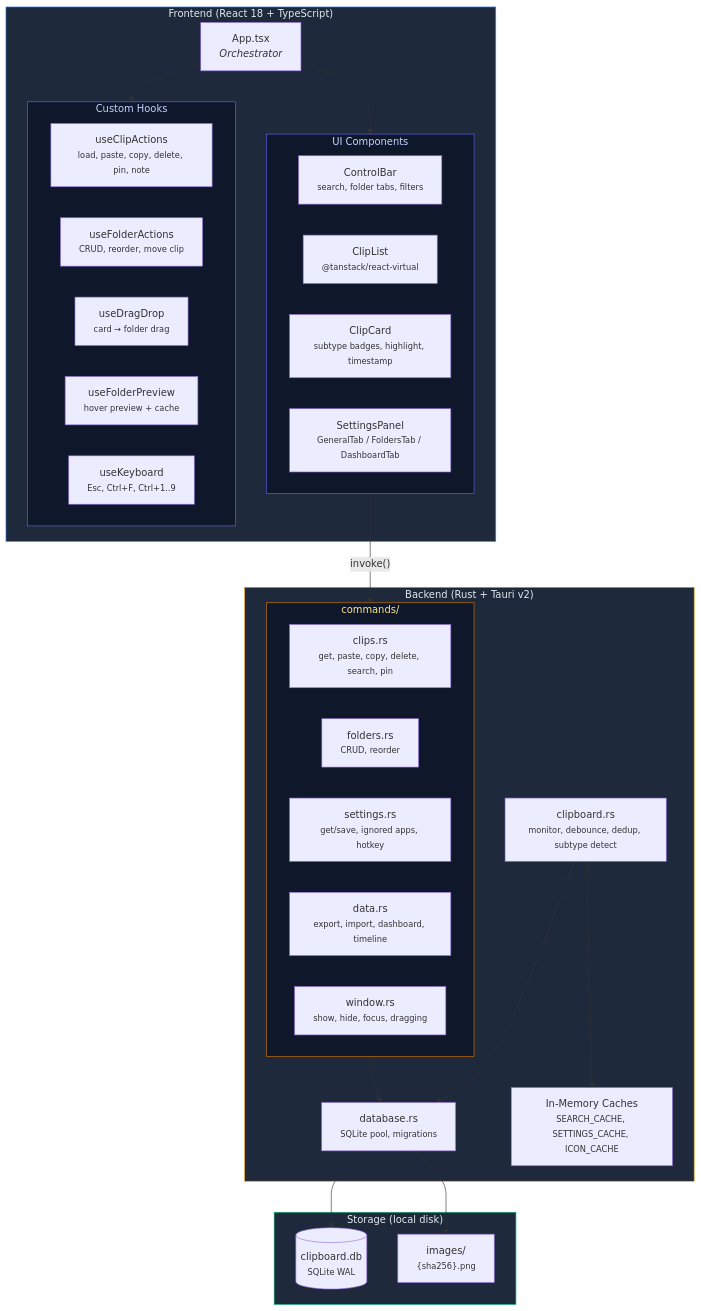
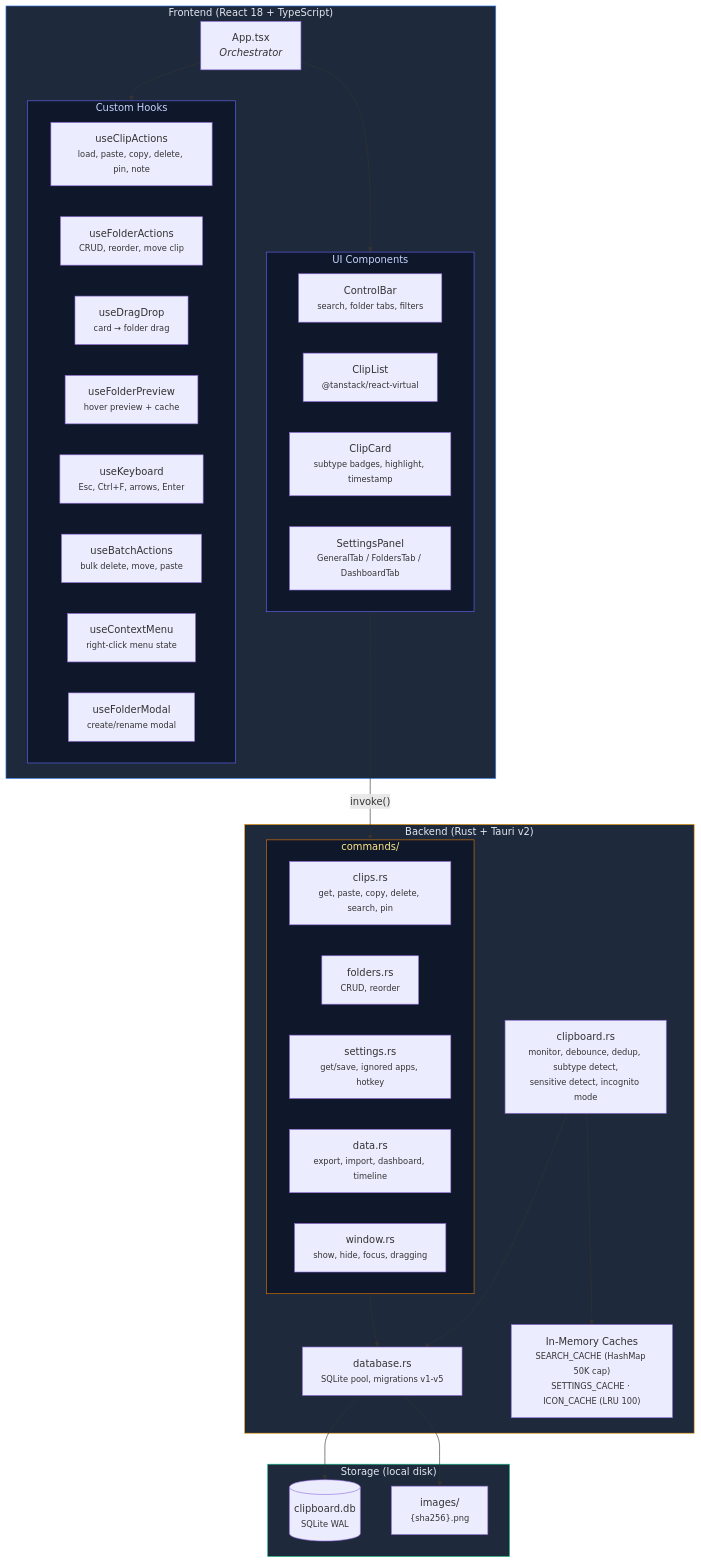
One commit to Phieu-Tran/ClipPaste changed the first of 3 diagrams in README.md. Above: the diagram before and after it, drawn with Mermaid. The commit also changed other lines of this file and 35 other files, not shown here.

````diff
--- a/README.md
+++ b/README.md
@@ -130,57 +132,60 @@
 ```mermaid
 graph TB
     subgraph Frontend["Frontend (React 18 + TypeScript)"]
         App["App.tsx<br/><i>Orchestrator</i>"]
 
         subgraph Hooks["Custom Hooks"]
             useClipActions["useClipActions<br/><small>load, paste, copy, delete, pin, note</small>"]
             useFolderActions["useFolderActions<br/><small>CRUD, reorder, move clip</small>"]
             useDragDrop["useDragDrop<br/><small>card → folder drag</small>"]
             useFolderPreview["useFolderPreview<br/><small>hover preview + cache</small>"]
-            useKeyboard["useKeyboard<br/><small>Esc, Ctrl+F, Ctrl+1..9</small>"]
+            useKeyboard["useKeyboard<br/><small>Esc, Ctrl+F, arrows, Enter</small>"]
+            useBatchActions["useBatchActions<br/><small>bulk delete, move, paste</small>"]
+            useContextMenu["useContextMenu<br/><small>right-click menu state</small>"]
+            useFolderModal["useFolderModal<br/><small>create/rename modal</small>"]
         end
 
         subgraph Components["UI Components"]
             ControlBar["ControlBar<br/><small>search, folder tabs, filters</small>"]
             ClipList["ClipList<br/><small>@tanstack/react-virtual</small>"]
             ClipCard["ClipCard<br/><small>subtype badges, highlight, timestamp</small>"]
             Settings["SettingsPanel<br/><small>GeneralTab / FoldersTab / DashboardTab</small>"]
         end
 
         App --> Hooks
         App --> Components
     end
 
     subgraph Backend["Backend (Rust + Tauri v2)"]
         subgraph Commands["commands/"]
             clips["clips.rs<br/><small>get, paste, copy, delete, search, pin</small>"]
             folders["folders.rs<br/><small>CRUD, reorder</small>"]
             settings["settings.rs<br/><small>get/save, ignored apps, hotkey</small>"]
             data["data.rs<br/><small>export, import, dashboard, timeline</small>"]
             window["window.rs<br/><small>show, hide, focus, dragging</small>"]
         end
 
-        clipboard["clipboard.rs<br/><small>monitor, debounce, dedup, subtype detect</small>"]
-        database["database.rs<br/><small>SQLite pool, migrations</small>"]
-        caches["In-Memory Caches<br/><small>SEARCH_CACHE, SETTINGS_CACHE, ICON_CACHE</small>"]
+        clipboard["clipboard.rs<br/><small>monitor, debounce, dedup, subtype detect,<br/>sensitive detect, incognito mode</small>"]
+        database["database.rs<br/><small>SQLite pool, migrations v1-v5</small>"]
+        caches["In-Memory Caches<br/><small>SEARCH_CACHE (HashMap 50K cap)<br/>SETTINGS_CACHE · ICON_CACHE (LRU 100)</small>"]
     end
 
     subgraph Storage["Storage (local disk)"]
         db[("clipboard.db<br/><small>SQLite WAL</small>")]
         images["images/<br/><small>{sha256}.png</small>"]
     end
 
     Components -- "invoke()" --> Commands
     Commands --> database
     clipboard --> database
     clipboard --> caches
     database --> db
     database --> images
 
     style Frontend fill:#1e293b,stroke:#3b82f6,color:#e2e8f0
     style Backend fill:#1e293b,stroke:#f59e0b,color:#e2e8f0
     style Storage fill:#1e293b,stroke:#10b981,color:#e2e8f0
     style Hooks fill:#0f172a,stroke:#6366f1,color:#c7d2fe
     style Components fill:#0f172a,stroke:#6366f1,color:#c7d2fe
     style Commands fill:#0f172a,stroke:#d97706,color:#fde68a
 ```
````
